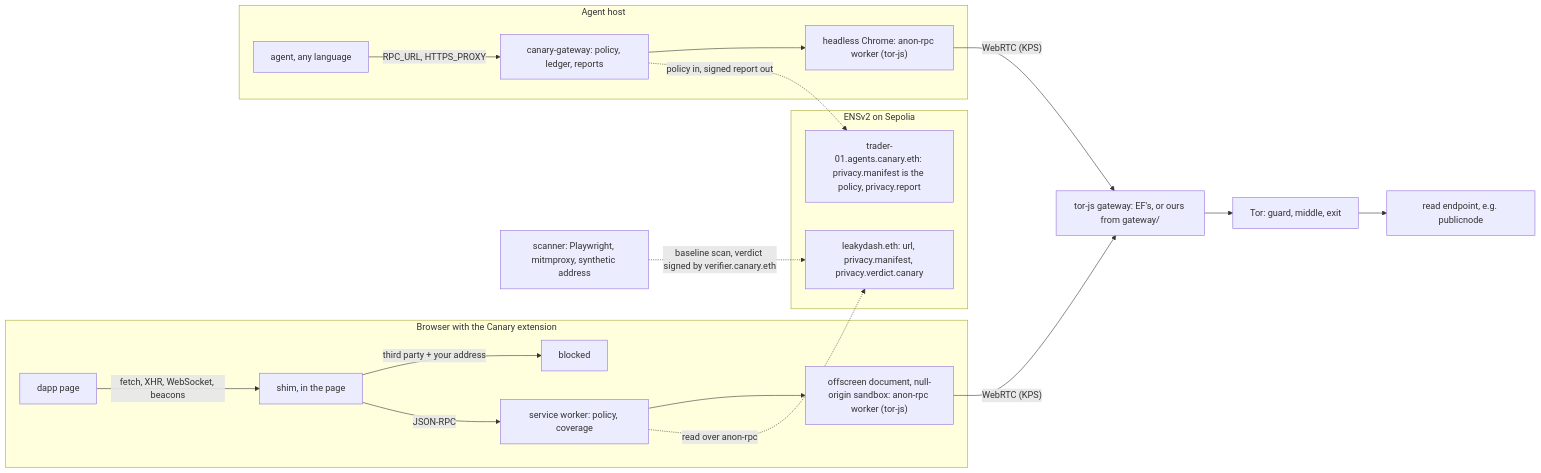
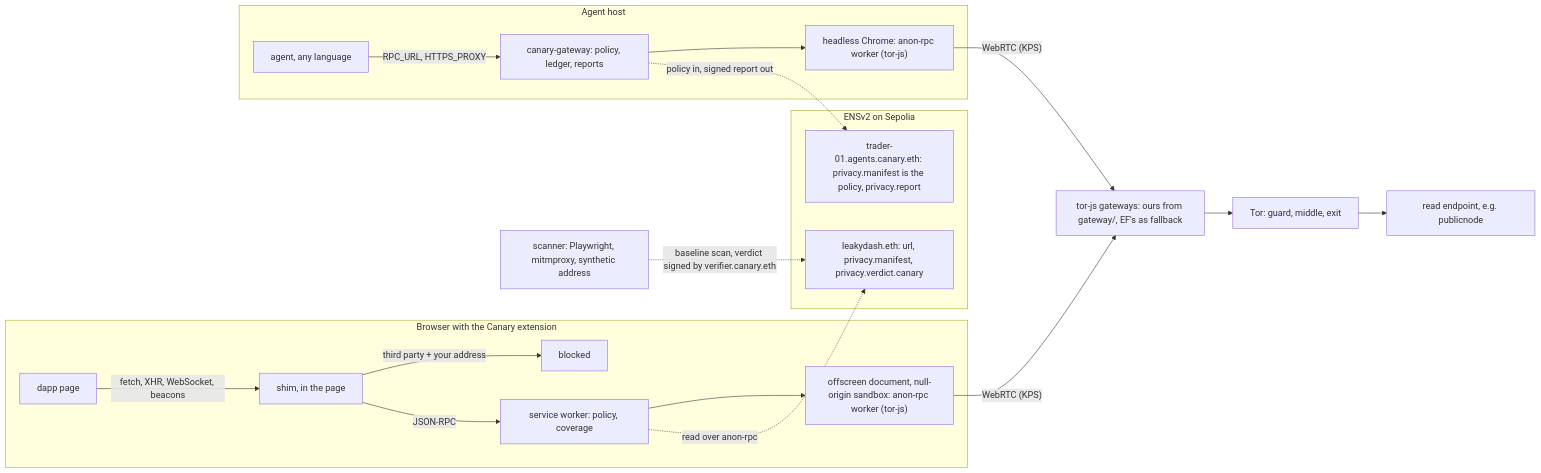
Before and after one commit to SCARPxVeNOM/canary_repo: the diagram in README.md, drawn with Mermaid. The commit also changed other lines of this file and 2 other files, not shown here.

````diff
--- a/README.md
+++ b/README.md
@@ -29,23 +80,23 @@
 ```mermaid
 flowchart LR
   subgraph browser["Browser with the Canary extension"]
     page["dapp page"] -->|"fetch, XHR, WebSocket, beacons"| shim["shim, in the page"]
     shim -->|"third party + your address"| blocked["blocked"]
     shim -->|"JSON-RPC"| sw["service worker: policy, coverage"]
     sw --> sandbox["offscreen document, null-origin sandbox: anon-rpc worker (tor-js)"]
   end
   subgraph agenthost["Agent host"]
     agent["agent, any language"] -->|"RPC_URL, HTTPS_PROXY"| gw["canary-gateway: policy, ledger, reports"]
     gw --> chrome["headless Chrome: anon-rpc worker (tor-js)"]
   end
-  sandbox -->|"WebRTC (KPS)"| kps["tor-js gateway: EF's, or ours from gateway/"]
+  sandbox -->|"WebRTC (KPS)"| kps["tor-js gateways: ours from gateway/, EF's as fallback"]
   chrome -->|"WebRTC (KPS)"| kps
   kps --> tor["Tor: guard, middle, exit"] --> read["read endpoint, e.g. publicnode"]
   subgraph ens["ENSv2 on Sepolia"]
     dapp["leakydash.eth: url, privacy.manifest, privacy.verdict.canary"]
     agentname["trader-01.agents.canary.eth: privacy.manifest is the policy, privacy.report"]
   end
   sw -. "read over anon-rpc" .-> dapp
   gw -. "policy in, signed report out" .-> agentname
   scanner["scanner: Playwright, mitmproxy, synthetic address"] -. "baseline scan, verdict signed by verifier.canary.eth" .-> dapp
 ```
````
